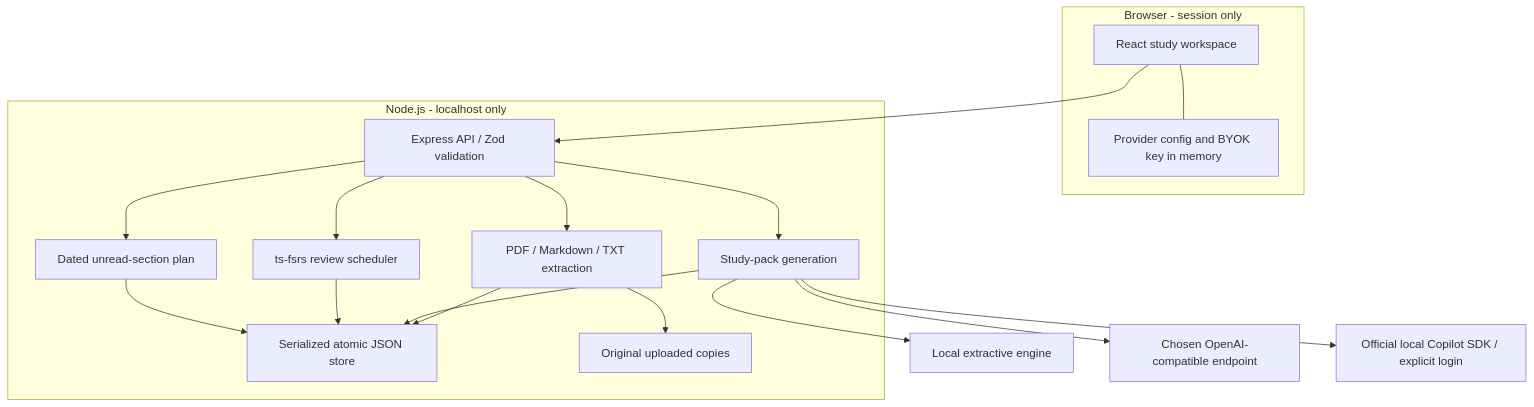
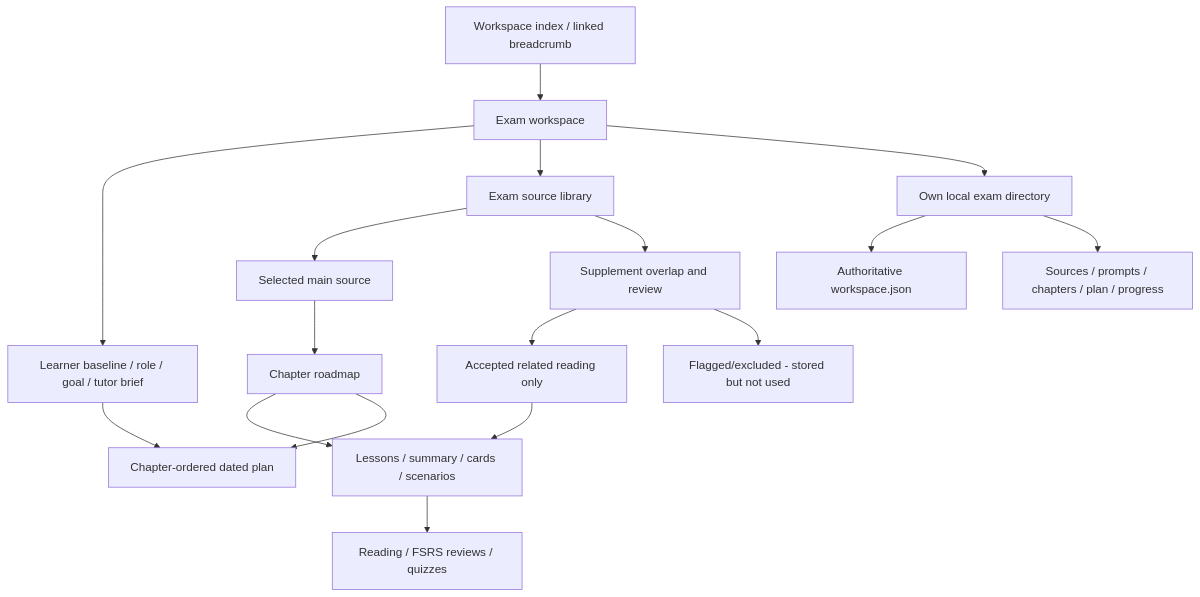
One commit to s-badran/foli changed the diagram in docs/ARCHITECTURE.md. Above: the diagram before and after it, drawn with Mermaid. The commit also changed other lines of this file and 3 other files, not shown here.

Commit message:
docs: describe exam workspaces tutor pack and migration

````diff
--- a/docs/ARCHITECTURE.md
+++ b/docs/ARCHITECTURE.md
@@ -5,30 +5,19 @@
 ```mermaid
 flowchart TB
-  subgraph Browser[Browser - session only]
-    Workspace[React study workspace]
-    Key[Provider config and BYOK key in memory]
-    Workspace --- Key
-  end
-  subgraph Local[Node.js - localhost only]
-    API[Express API / Zod validation]
-    Ingest[PDF / Markdown / TXT extraction]
-    Generate[Study-pack generation]
-    Scheduler[ts-fsrs review scheduler]
-    Plan[Dated unread-section plan]
-    Store[Serialized atomic JSON store]
-    Uploads[Original uploaded copies]
-  end
-  Workspace --> API
-  API --> Ingest
-  API --> Generate
-  API --> Scheduler
-  API --> Plan
-  Ingest --> Store
-  Ingest --> Uploads
-  Generate --> Store
-  Scheduler --> Store
-  Plan --> Store
-  Generate --> Extractive[Local extractive engine]
-  Generate --> BYOK[Chosen OpenAI-compatible endpoint]
-  Generate --> Copilot[Official local Copilot SDK / explicit login]
+  Index[Workspace index / linked breadcrumb] --> Exam[Exam workspace]
+  Exam --> Profile[Learner baseline / role / goal / tutor brief]
+  Exam --> Sources[Exam source library]
+  Sources --> Main[Selected main source]
+  Sources --> Check[Supplement overlap and review]
+  Check --> Accepted[Accepted related reading only]
+  Check --> Excluded[Flagged/excluded - stored but not used]
+  Main --> Chapters[Chapter roadmap]
+  Chapters --> Lessons[Lessons / summary / cards / scenarios]
+  Accepted --> Lessons
+  Profile --> Plan[Chapter-ordered dated plan]
+  Chapters --> Plan
+  Lessons --> Progress[Reading / FSRS reviews / quizzes]
+  Exam --> Directory[Own local exam directory]
+  Directory --> Snapshot[Authoritative workspace.json]
+  Directory --> Artifacts[Sources / prompts / chapters / plan / progress]
 ```
````
